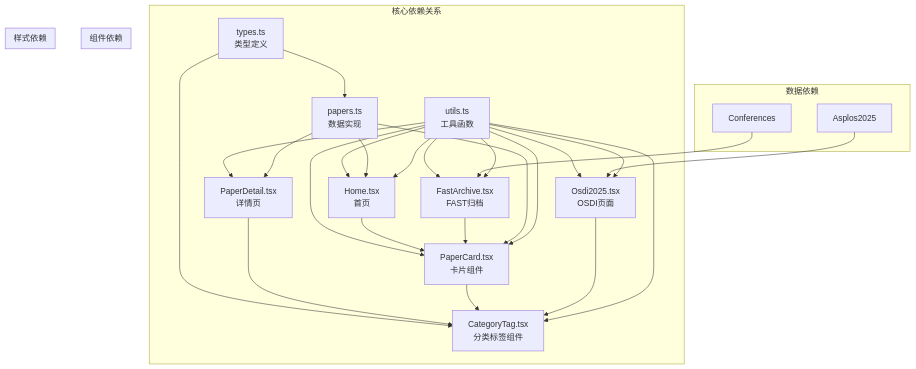
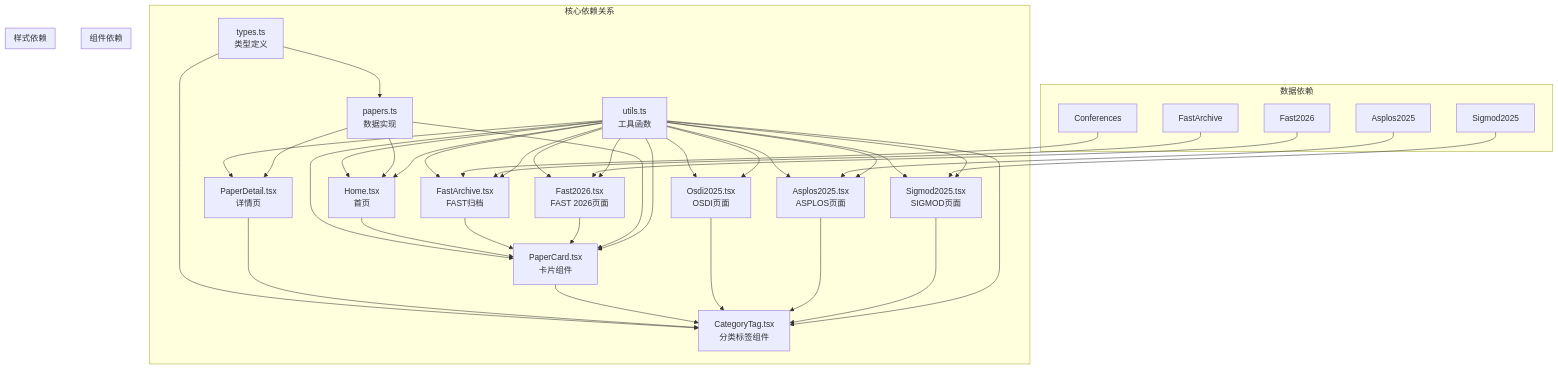
The tenth of 10 diagrams in .qoder/repowiki/zh/content/数据模型/论文数据模型.md (erikliu123/storage_ai_blog), drawn with Mermaid before and after one commit. The commit also changed other lines of this file and 61 other files, not shown here.

````diff
--- a/.qoder/repowiki/zh/content/数据模型/论文数据模型.md
+++ b/.qoder/repowiki/zh/content/数据模型/论文数据模型.md
@@ -523,33 +694,45 @@
 ```mermaid
 graph TB
 subgraph "核心依赖关系"
 Types[types.ts<br/>类型定义] --> Papers[papers.ts<br/>数据实现]
 Types --> CategoryTag[CategoryTag.tsx<br/>分类标签组件]
 Utils[utils.ts<br/>工具函数] --> Home[Home.tsx<br/>首页]
 Utils --> PaperDetail[PaperDetail.tsx<br/>详情页]
 Utils --> PaperCard[PaperCard.tsx<br/>卡片组件]
 Utils --> FastArchivePage[FastArchive.tsx<br/>FAST归档]
+Utils --> Fast2026Page[Fast2026.tsx<br/>FAST 2026页面]
 Utils --> Osdi2025Page[Osdi2025.tsx<br/>OSDI页面]
+Utils --> Asplos2025Page[Asplos2025.tsx<br/>ASPLOS页面]
+Utils --> Sigmod2025Page[Sigmod2025.tsx<br/>SIGMOD页面]
 end
 subgraph "组件依赖"
 Home --> PaperCard
 PaperDetail --> CategoryTag
 PaperCard --> CategoryTag
 FastArchivePage --> PaperCard
+Fast2026Page --> PaperCard
 Osdi2025Page --> CategoryTag
+Asplos2025Page --> CategoryTag
+Sigmod2025Page --> CategoryTag
 end
 subgraph "数据依赖"
 Papers --> Home
 Papers --> PaperDetail
 Papers --> PaperCard
 Conferences --> FastArchivePage
-Asplos2025 --> Osdi2025Page
+Fast2026 --> Fast2026Page
+FastArchive --> FastArchivePage
+Asplos2025 --> Asplos2025Page
+Sigmod2025 --> Sigmod2025Page
 end
 subgraph "样式依赖"
 Utils --> CategoryTag
 Utils --> PaperCard
 Utils --> Home
 Utils --> FastArchivePage
+Utils --> Fast2026Page
 Utils --> Osdi2025Page
+Utils --> Asplos2025Page
+Utils --> Sigmod2025Page
 end
 ```
````
